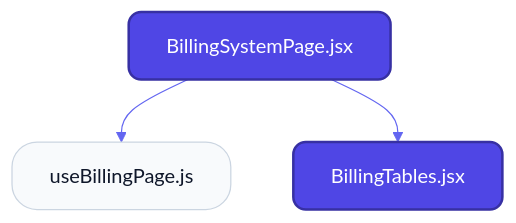
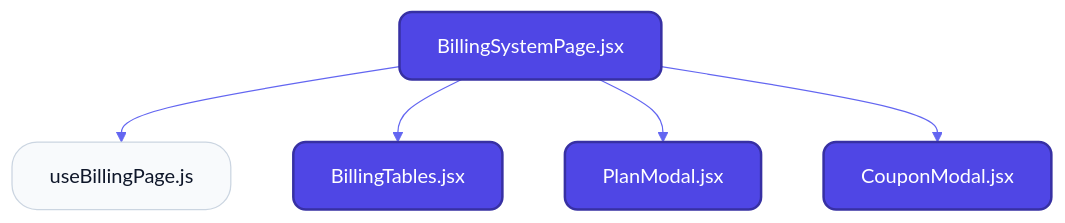
One commit to nexowebai/nexo-superadmin changed the first of 2 diagrams in src/features/billing/README.md. Above: the diagram before and after it, drawn with Mermaid. The commit also changed other lines of this file and 18 other files, not shown here.

````diff
--- a/src/features/billing/README.md
+++ b/src/features/billing/README.md
@@ -12,13 +11,17 @@
 ```mermaid
 %%{init: {'theme': 'neutral', 'themeVariables': { 'fontFamily': 'Inter', 'lineColor': '#6366f1' }}}%%
 graph TD
     classDef page fill:#4f46e5,stroke:#3730a3,stroke-width:2px,color:#fff,rx:10,ry:10;
     classDef hook fill:#f8fafc,stroke:#cbd5e1,stroke-width:1px,color:#0f172a,rx:20,ry:20;
     classDef service fill:#0f172a,stroke:#000,stroke-width:2px,color:#f1f5f9,rx:5,ry:5;
 
+    BillingTablesjsx["BillingTables.jsx"]:::page
     BillingSystemPagejsx["BillingSystemPage.jsx"]:::page
+    CouponModaljsx["CouponModal.jsx"]:::page
+    PlanModaljsx["PlanModal.jsx"]:::page
     useBillingPagejs["useBillingPage.js"]:::hook
-    BillingTablesjsx["BillingTables.jsx"]:::page
     BillingSystemPagejsx --> useBillingPagejs
     BillingSystemPagejsx --> BillingTablesjsx
+    BillingSystemPagejsx --> PlanModaljsx
+    BillingSystemPagejsx --> CouponModaljsx
 ```
````
